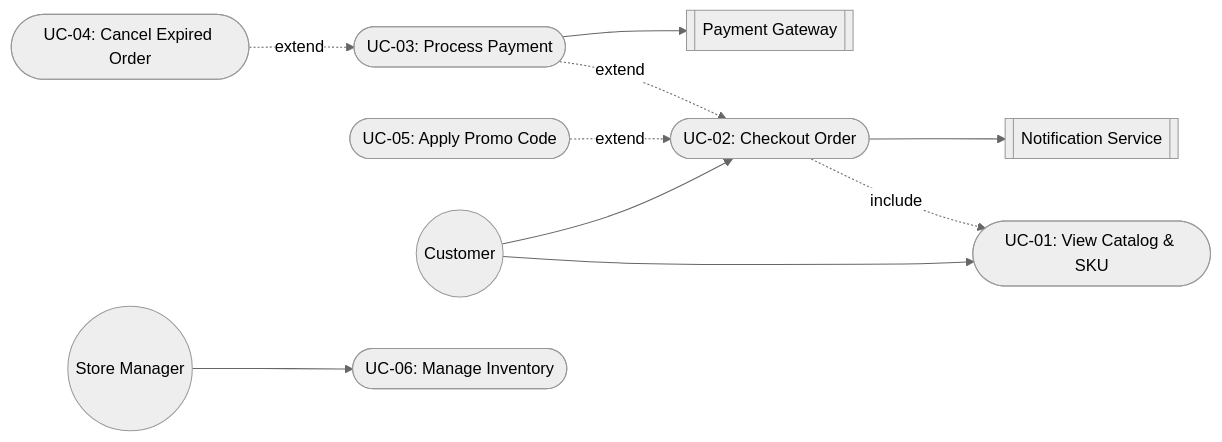
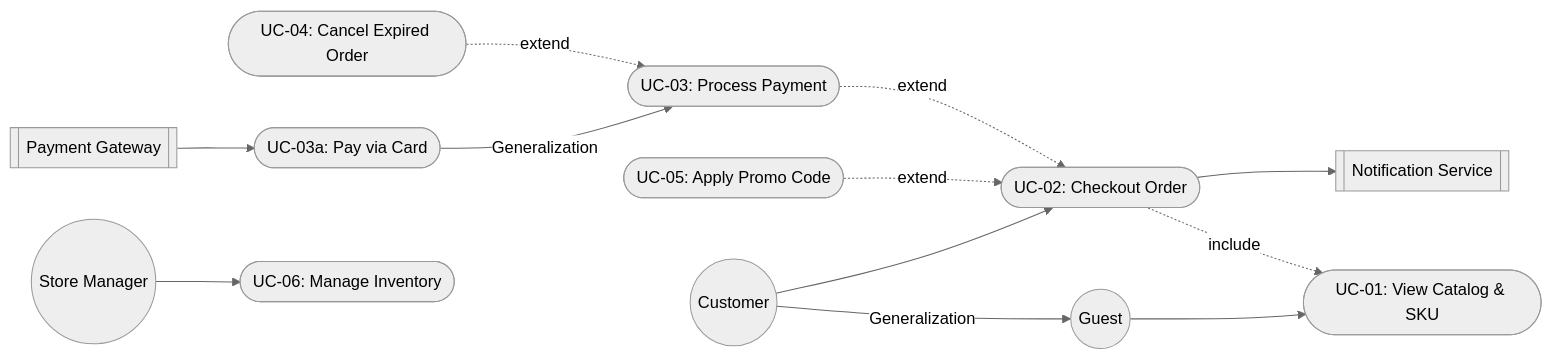
One commit to martagoricko-lang/requirements-modeling-labs changed the diagram in lab2/mermaid.mmd. Above: the diagram before and after it, drawn with Mermaid (neutral theme).

```diff
--- a/lab2/mermaid.mmd
+++ b/lab2/mermaid.mmd
@@ -1,24 +1,30 @@
 graph LR
+    Guest((Guest))
     Customer((Customer))
     Admin((Store Manager))
     PaymentGW[["Payment Gateway"]]
     NotifSVC[["Notification Service"]]
 
+    Customer -- Generalization --> Guest
+
     UC1([UC-01: View Catalog & SKU])
     UC2([UC-02: Checkout Order])
     UC3([UC-03: Process Payment])
+    UC3a([UC-03a: Pay via Card])
     UC4([UC-04: Cancel Expired Order])
     UC5([UC-05: Apply Promo Code])
     UC6([UC-06: Manage Inventory])
 
-    Customer --> UC1
+    UC3a -- Generalization --> UC3
+
+    Guest --> UC1
     Customer --> UC2
     Admin --> UC6
     
-    UC3 --> PaymentGW
+    PaymentGW --> UC3a
     UC2 --> NotifSVC
 
     UC2 -. "include" .-> UC1
     UC5 -. "extend" .-> UC2
     UC3 -. "extend" .-> UC2
     UC4 -. "extend" .-> UC3
```
